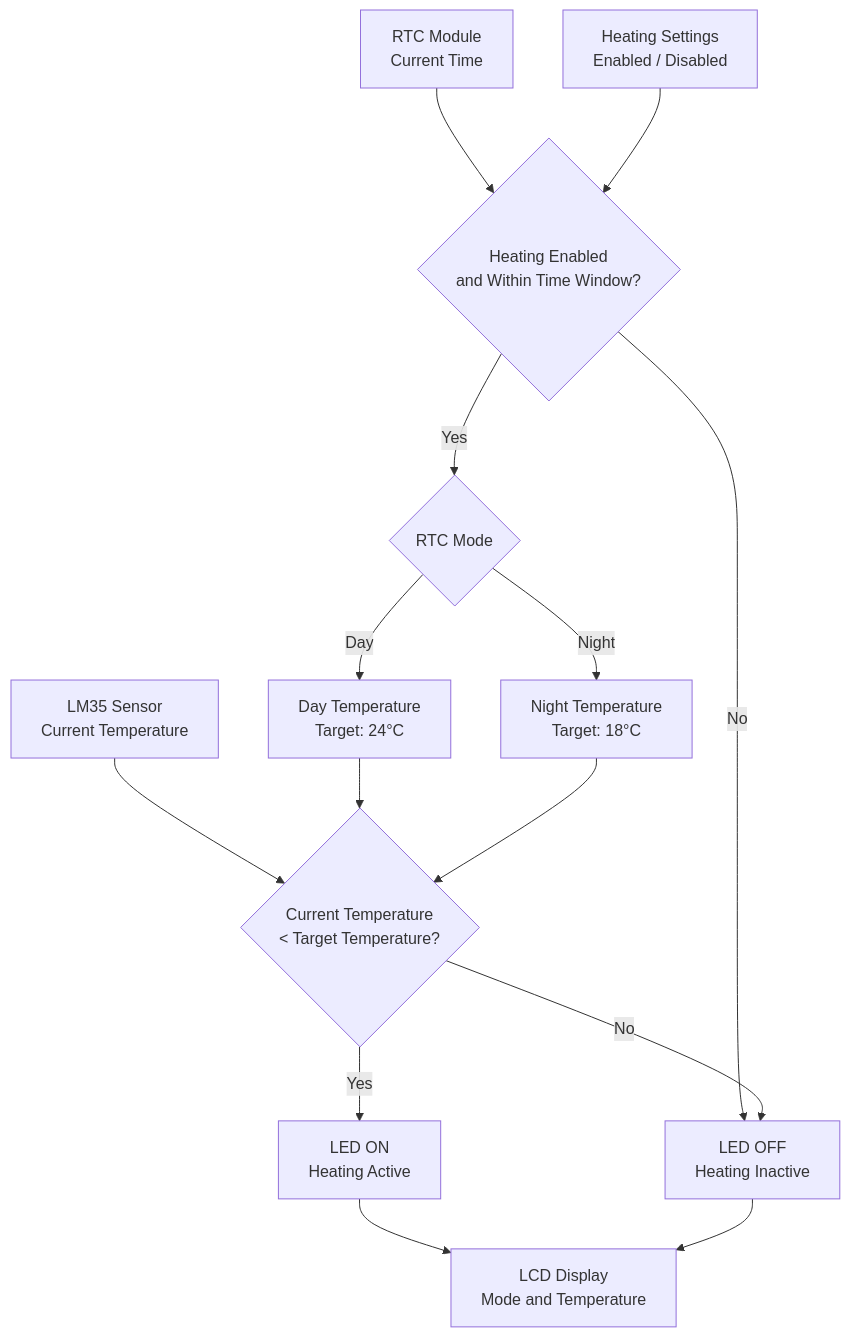
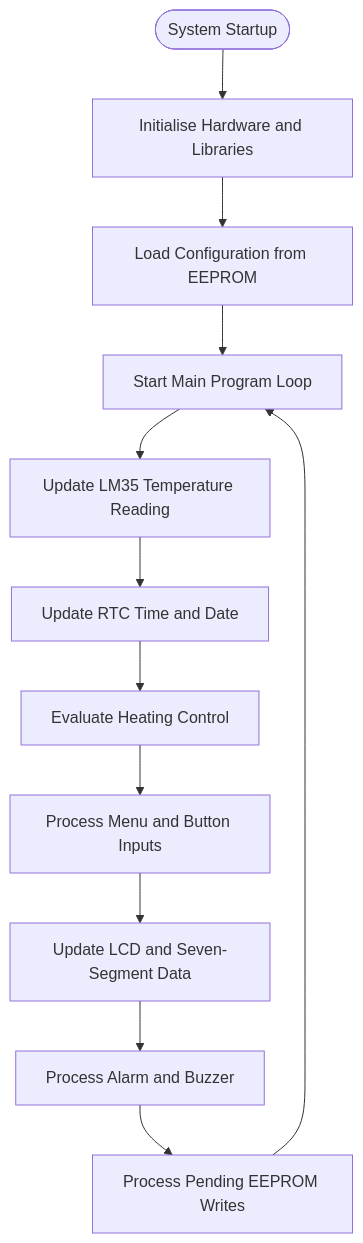
One commit to ACW-Team/Embedded-System-Applications-Group changed the fourth of 4 diagrams in Documentation/Diagrams.md. Above: the diagram before and after it, drawn with Mermaid. The commit also changed other lines of this file and 1 other file, not shown here.

Commit message:
Diagrams.md added

````diff
--- a/Documentation/Diagrams.md
+++ b/Documentation/Diagrams.md
@@ -23,29 +224,24 @@
 ```mermaid
-flowchart 
-    A[ LM35 Sensor<br/>Current Temperature ]
-    B[ RTC Module<br/>Current Time ]
-    C[ Heating Settings<br/>Enabled / Disabled ]
-    D{ Heating Enabled<br/>and Within Time Window? }
-    E[ LED OFF<br/>Heating Inactive ]
-    F{ RTC Mode }
-    G[ Day Temperature<br/>Target: 24°C ]
-    H[ Night Temperature<br/>Target: 18°C ]
-    I{ Current Temperature<br/>< Target Temperature? }
-    J[ LED ON<br/>Heating Active ]
-    K[ LCD Display<br/>Mode and Temperature ]
+flowchart TD
+    A([System Startup]) --> B[Initialise Hardware and Libraries]
 
-    A --> I
-    B --> D
-    C --> D
-    D -->|No| E
-    D -->|Yes| F
-    F -->|Day| G
-    F -->|Night| H
-    G --> I
-    H --> I
-    I -->|Yes| J
-    I -->|No| E
-    J --> K
-    E --> K
+    B --> C[Load Configuration from EEPROM]
 
+    C --> D[Start Main Program Loop]
+
+    D --> E[Update LM35 Temperature Reading]
+
+    E --> F[Update RTC Time and Date]
+
+    F --> G[Evaluate Heating Control]
+
+    G --> H[Process Menu and Button Inputs]
+
+    H --> I[Update LCD and Seven-Segment Data]
+
+    I --> J[Process Alarm and Buzzer]
+
+    J --> K[Process Pending EEPROM Writes]
+
+    K --> D
 ```
````
